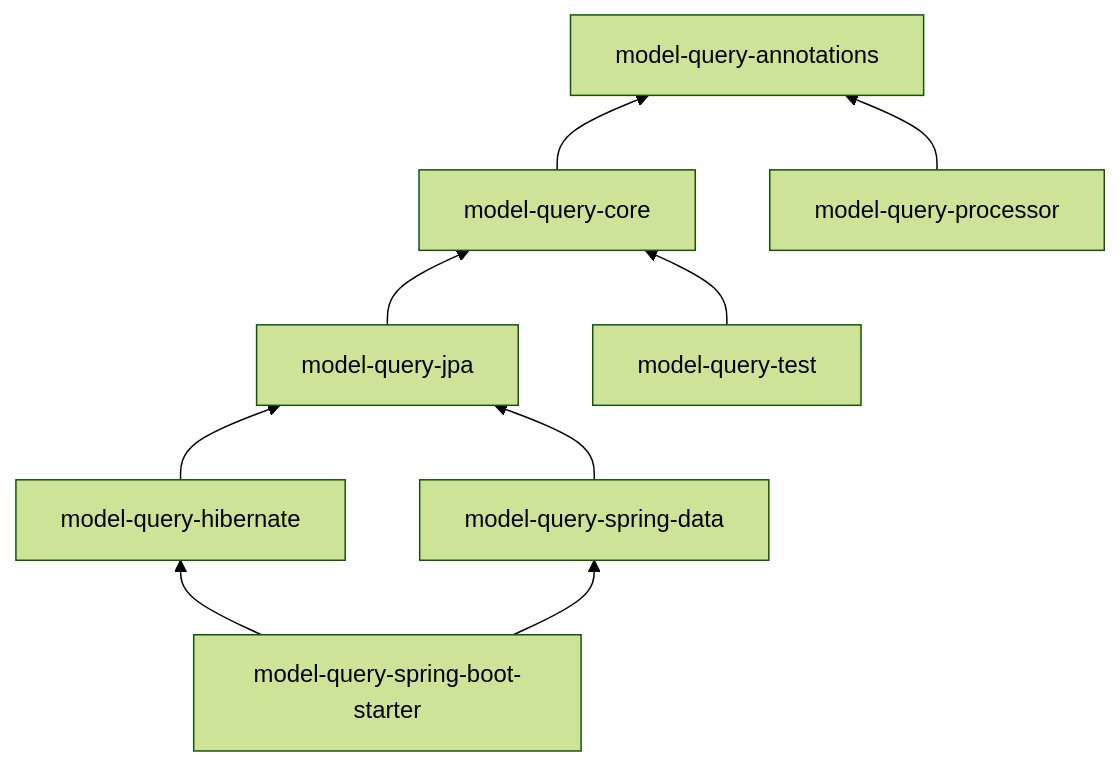
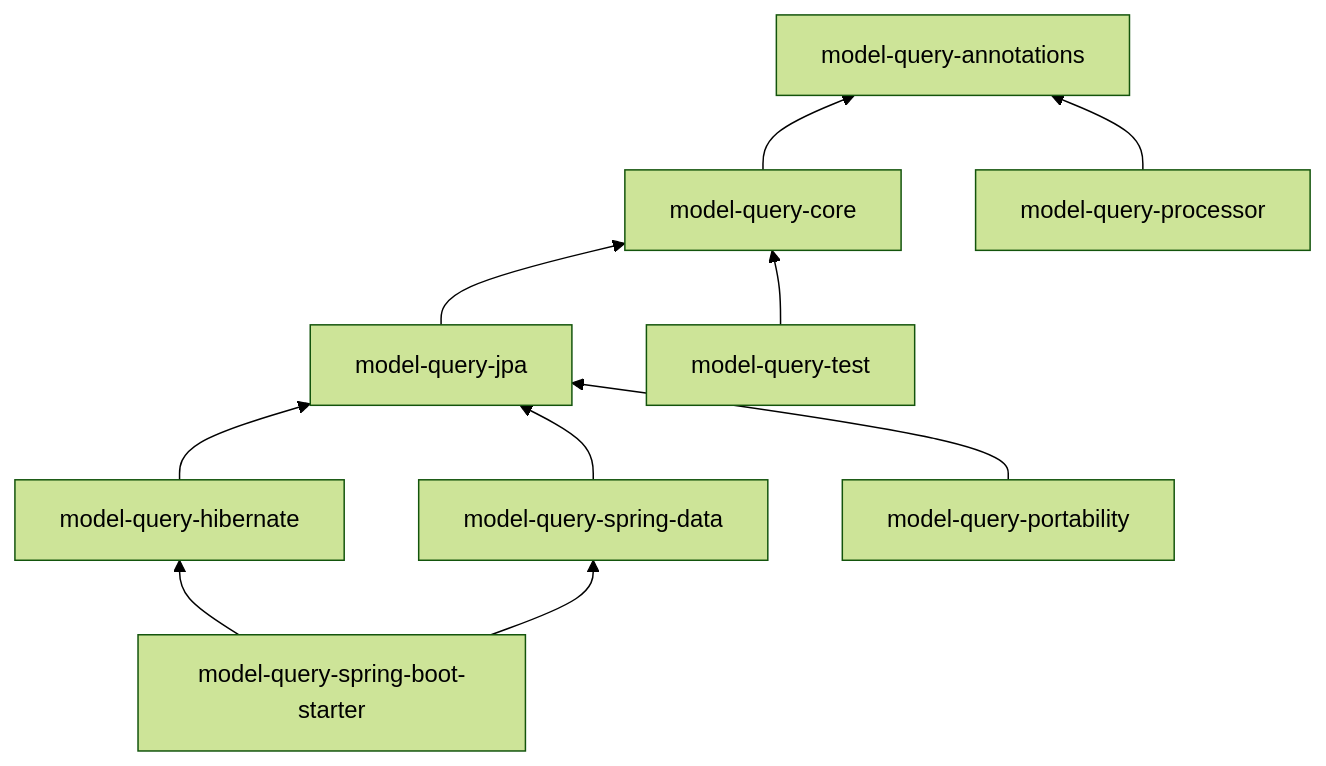
Before and after one commit to rey5137/model-query: the first of 3 diagrams in docs/site/docs/architecture.md, drawn with Mermaid (forest theme). The commit also changed other lines of this file and 7 other files, not shown here.

````diff
--- a/docs/site/docs/architecture.md
+++ b/docs/site/docs/architecture.md
@@ -10,20 +10,22 @@
 ```mermaid
 flowchart BT
     annotations[model-query-annotations]
     core[model-query-core]
     jpa[model-query-jpa]
     hibernate[model-query-hibernate]
     springdata[model-query-spring-data]
     starter[model-query-spring-boot-starter]
     processor[model-query-processor]
     test[model-query-test]
+    portability[model-query-portability]
 
     core --> annotations
     jpa --> core
     hibernate --> jpa
     springdata --> jpa
     starter --> hibernate
     starter --> springdata
     processor --> annotations
     test --> core
+    portability --> jpa
 ```
````
